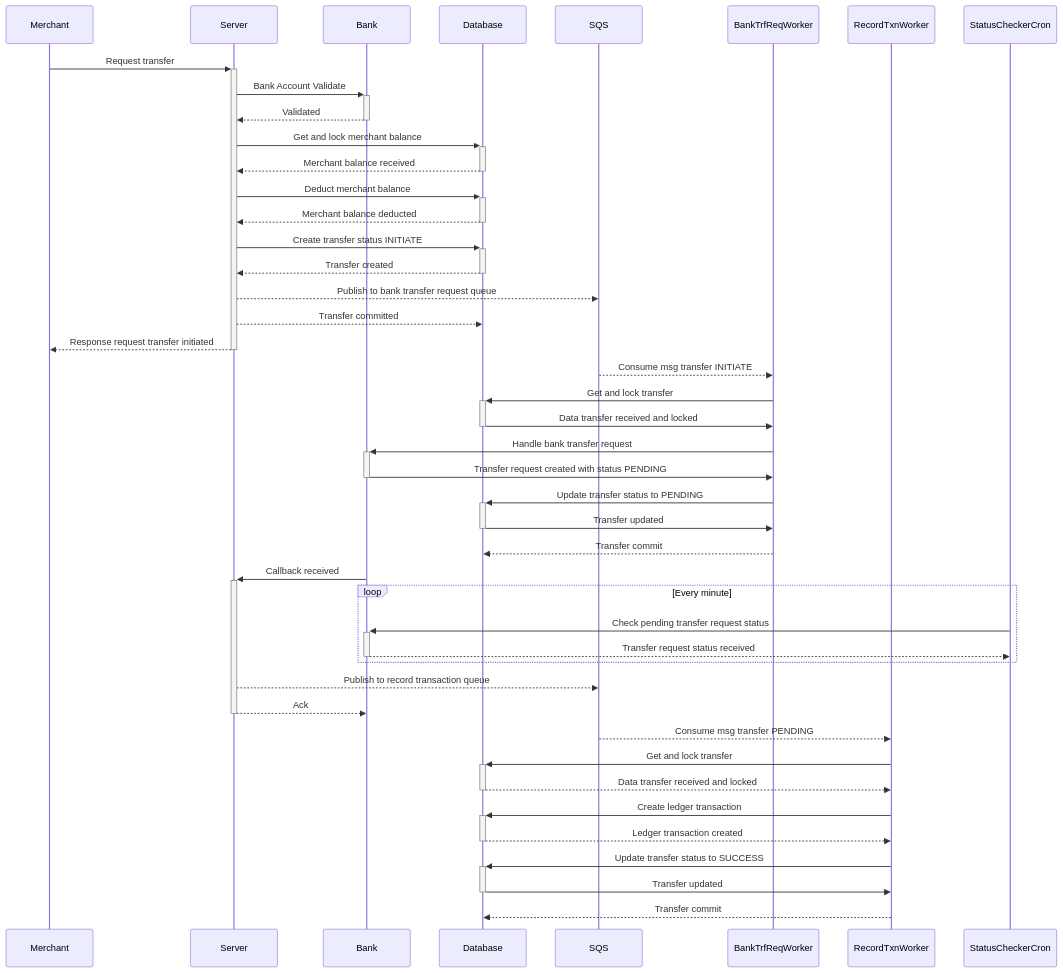
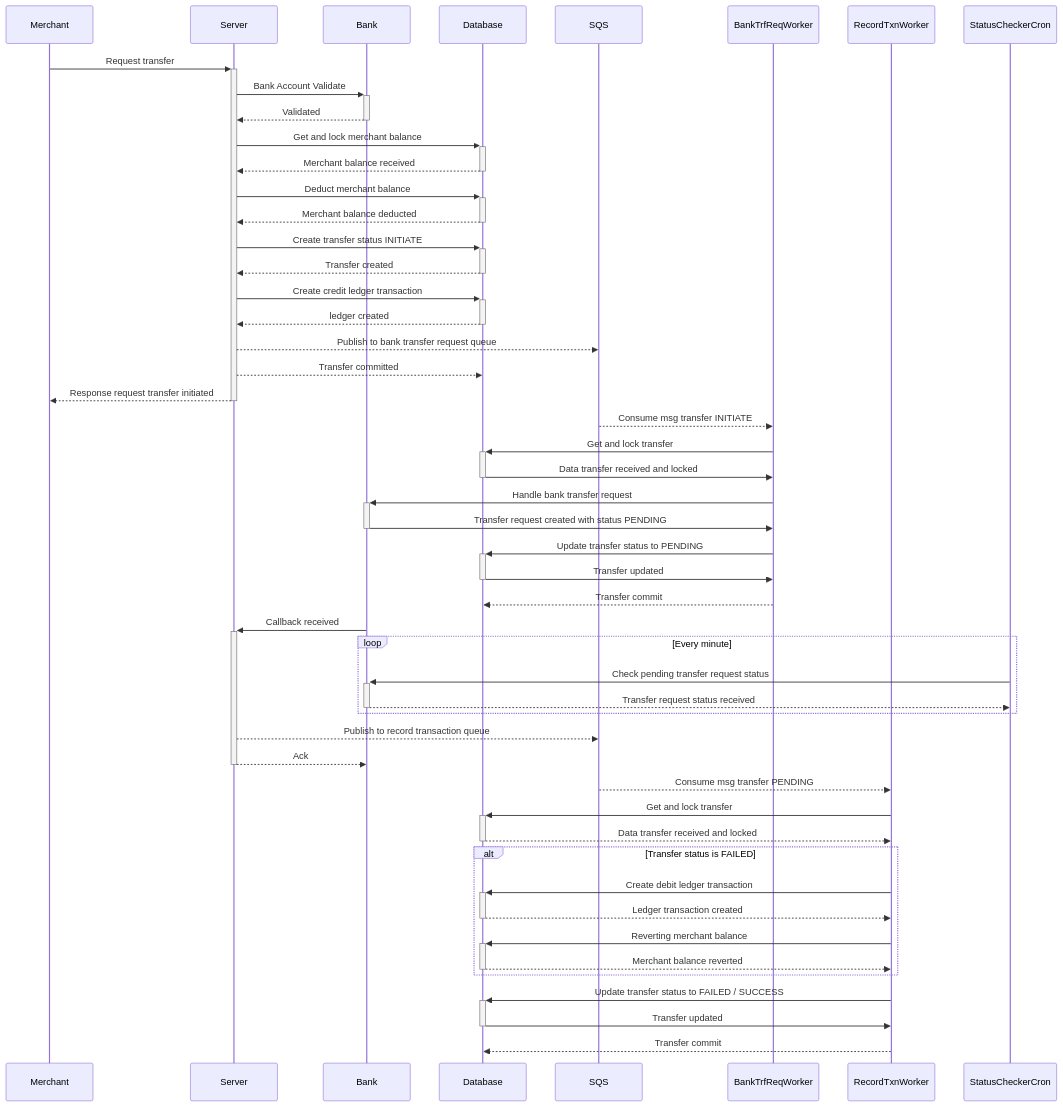
One commit to ikhsangama/brickbetest changed the second of 2 diagrams in README.md. Above: the diagram before and after it, drawn with Mermaid. The commit also changed other lines of this file and 10 other files, not shown here.

Commit message:
feat: controller get endpoint and improve transfer functionality

````diff
--- a/README.md
+++ b/README.md
@@ -78,47 +78,54 @@
 ```mermaid
 sequenceDiagram
-  participant M as Merchant
-  participant S as Server
-  participant B as Bank
-  participant D as Database
-  participant Q as SQS
-  participant W as BankTrfReqWorker
-  participant W2 as RecordTxnWorker
-  participant W3 as StatusCheckerCron
+    participant M as Merchant
+    participant S as Server
+    participant B as Bank
+    participant D as Database
+    participant Q as SQS
+    participant W as BankTrfReqWorker
+    participant W2 as RecordTxnWorker
+    participant W3 as StatusCheckerCron
 
-  M->>+S: Request transfer
-  S->>+B: Bank Account Validate
-  B-->>-S: Validated
-  S->>+D: Get and lock merchant balance
-  D-->>-S: Merchant balance received
-  S->>+D: Deduct merchant balance
-  D-->>-S: Merchant balance deducted
-  S->>+D: Create transfer status INITIATE
-  D-->>-S: Transfer created
-  S-->>Q: Publish to bank transfer request queue
-  S-->>D: Transfer committed
-  S-->>-M: Response request transfer initiated
-  Q-->>W: Consume msg transfer INITIATE
-  W->>+D: Get and lock transfer
-  D->>-W: Data transfer received and locked
-  W->>+B: Handle bank transfer request
-  B->>-W: Transfer request created with status PENDING
-  W->>+D: Update transfer status to PENDING
-  D->>-W: Transfer updated
-  W-->>D: Transfer commit
-  B->>+S: Callback received
+    M->>+S: Request transfer
+    S->>+B: Bank Account Validate
+    B-->>-S: Validated
+    S->>+D: Get and lock merchant balance
+    D-->>-S: Merchant balance received
+    S->>+D: Deduct merchant balance
+    D-->>-S: Merchant balance deducted
+    S->>+D: Create transfer status INITIATE
+    D-->>-S: Transfer created
+    S->>+D: Create credit ledger transaction
+    D-->>-S: ledger created
+    S-->>Q: Publish to bank transfer request queue
+    S-->>D: Transfer committed
+    S-->>-M: Response request transfer initiated
+
+    Q-->>W: Consume msg transfer INITIATE
+    W->>+D: Get and lock transfer
+    D->>-W: Data transfer received and locked
+    W->>+B: Handle bank transfer request
+    B->>-W: Transfer request created with status PENDING
+    W->>+D: Update transfer status to PENDING
+    D->>-W: Transfer updated
+    W-->>D: Transfer commit
+    B->>+S: Callback received
     loop Every minute
         W3->>+B: Check pending transfer request status
         B-->>-W3: Transfer request status received
     end
-  S-->>Q: Publish to record transaction queue
-  S-->>-B: Ack
-  Q-->>W2: Consume msg transfer PENDING
-  W2->>+D: Get and lock transfer
-  D-->>-W2: Data transfer received and locked
-  W2->>+D: Create ledger transaction
-  D-->>-W2: Ledger transaction created
-  W2->>+D: Update transfer status to SUCCESS
-  D->>-W2: Transfer updated
-  W2-->>D: Transfer commit
+    S-->>Q: Publish to record transaction queue
+    S-->>-B: Ack
+    Q-->>W2: Consume msg transfer PENDING
+    W2->>+D: Get and lock transfer
+    D-->>-W2: Data transfer received and locked
+    alt Transfer status is FAILED
+        W2->>+D: Create debit ledger transaction
+        D-->>-W2: Ledger transaction created
+        W2->>+D: Reverting merchant balance
+        D-->>-W2: Merchant balance reverted
+    end
+    W2->>+D: Update transfer status to FAILED / SUCCESS
+    D->>-W2: Transfer updated
+    W2-->>D: Transfer commit
 ```
````
